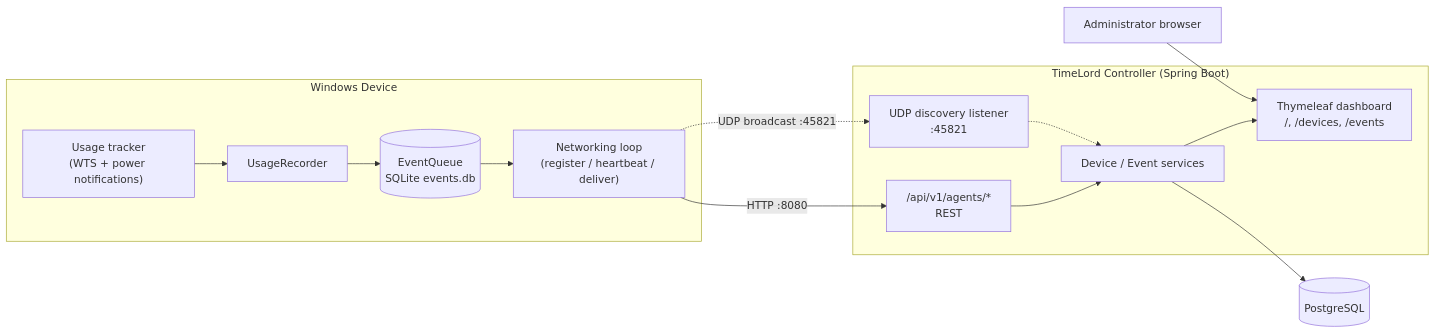
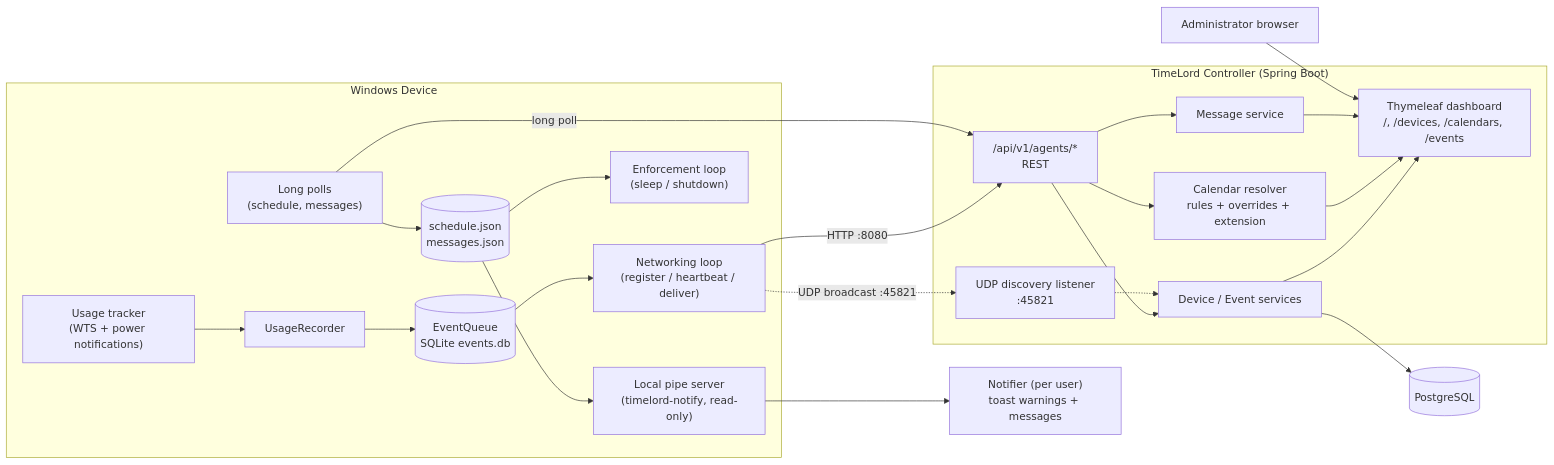
Before and after one commit to johnjoeallen/timelord: the first of 2 diagrams in docs/architecture.md, drawn with Mermaid. The commit also changed other lines of this file and 11 other files, not shown here.

First line of the commit message:
Update docs for calendars, messages and the notifier

````diff
--- a/docs/architecture.md
+++ b/docs/architecture.md
@@ -101,29 +137,46 @@
 ```mermaid
 flowchart LR
     subgraph Windows Device
         Tracker["Usage tracker\n(WTS + power notifications)"]
         Recorder[UsageRecorder]
         Queue[("EventQueue\nSQLite events.db")]
         Net["Networking loop\n(register / heartbeat / deliver)"]
+        Poll["Long polls\n(schedule, messages)"]
+        Cache[("schedule.json\nmessages.json")]
+        Enforce["Enforcement loop\n(sleep / shutdown)"]
+        Pipe["Local pipe server\n(timelord-notify, read-only)"]
         Tracker --> Recorder --> Queue
         Queue --> Net
+        Poll --> Cache
+        Cache --> Enforce
+        Cache --> Pipe
     end
+
+    Notifier["Notifier (per user)\ntoast warnings + messages"]
+    Pipe --> Notifier
 
     subgraph "TimeLord Controller (Spring Boot)"
         API["/api/v1/agents/*\nREST"]
         Disco["UDP discovery listener\n:45821"]
         Svc[Device / Event services]
-        UI["Thymeleaf dashboard\n/, /devices, /events"]
+        Cal["Calendar resolver\nrules + overrides + extension"]
+        Msg[Message service]
+        UI["Thymeleaf dashboard\n/, /devices, /calendars, /events"]
         API --> Svc
+        API --> Cal
+        API --> Msg
         Disco -.-> Svc
         Svc --> UI
+        Cal --> UI
+        Msg --> UI
     end
 
     DB[(PostgreSQL)]
 
     Net -- "HTTP :8080" --> API
+    Poll -- "long poll" --> API
     Net -. "UDP broadcast :45821" .-> Disco
     Svc --> DB
 
     Admin[Administrator browser] --> UI
 ```
````
